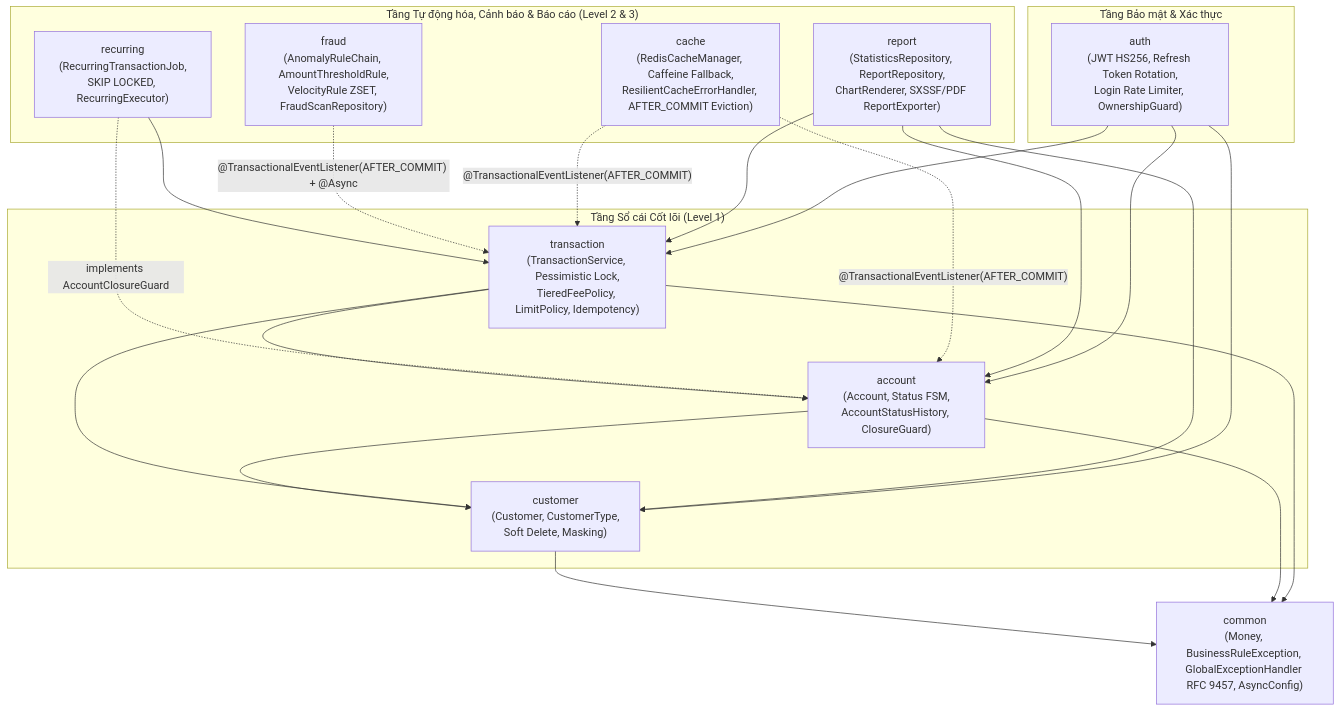
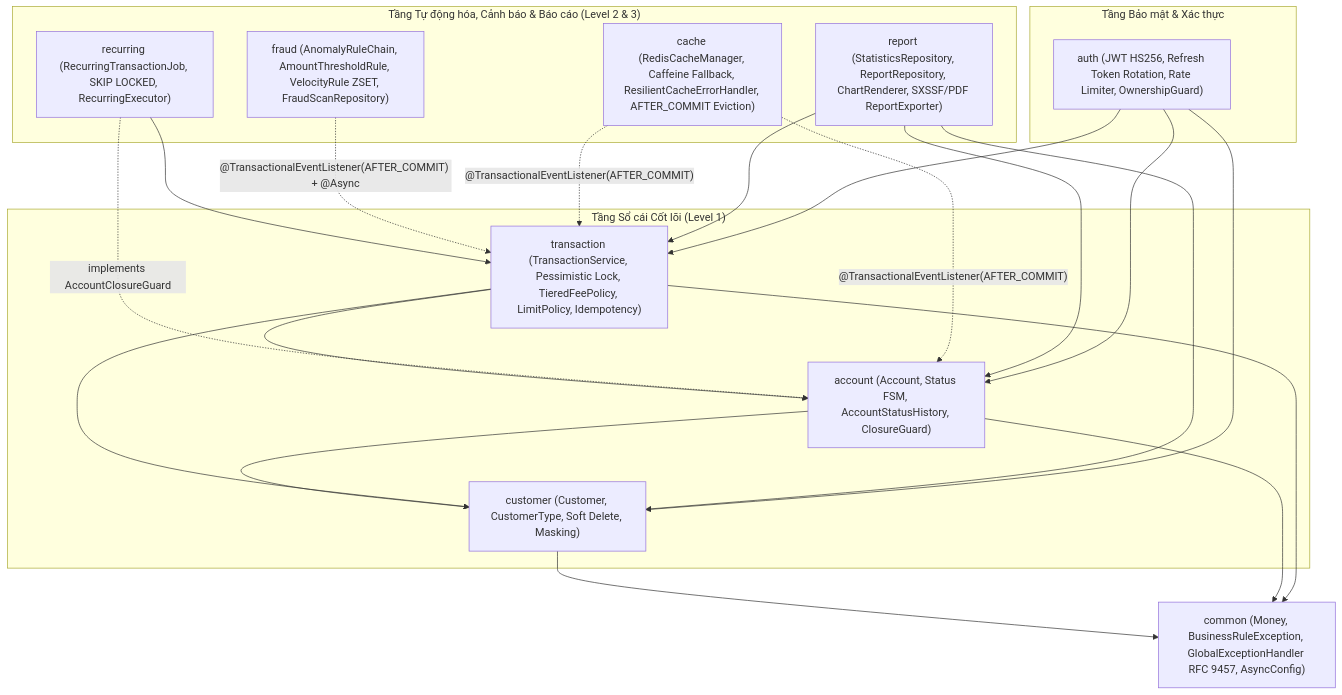
The first of 3 diagrams in docs/architecture.md (tsennguyen/corebank-java-assessment), drawn with Mermaid before and after one commit. The commit also changed other lines of this file and 5 other files, not shown here.

Commit message:
docs(5.2): address P20 review findings (traceability matrix, API catalog, ERD indexes/constraints, PDF export, remove ROLE_TELLER)

````diff
--- a/docs/architecture.md
+++ b/docs/architecture.md
@@ -15,39 +15,39 @@
 ```mermaid
 flowchart TD
     subgraph API_Security["Tầng Bảo mật & Xác thực"]
-        AUTH["auth\n(JWT HS256, Refresh Token Rotation,\nLogin Rate Limiter, OwnershipGuard)"]
+        AUTH["auth (JWT HS256, Refresh Token Rotation, Rate Limiter, OwnershipGuard)"]
     end
 
     subgraph Core_Ledger["Tầng Sổ cái Cốt lõi (Level 1)"]
-        CUST["customer\n(Customer, CustomerType,\nSoft Delete, Masking)"]
-        ACC["account\n(Account, Status FSM,\nAccountStatusHistory, ClosureGuard)"]
-        TX["transaction\n(TransactionService, Pessimistic Lock,\nTieredFeePolicy, LimitPolicy, Idempotency)"]
+        CUST["customer (Customer, CustomerType, Soft Delete, Masking)"]
+        ACC["account (Account, Status FSM, AccountStatusHistory, ClosureGuard)"]
+        TX["transaction (TransactionService, Pessimistic Lock, TieredFeePolicy, LimitPolicy, Idempotency)"]
     end
 
     subgraph Automation_Analytics["Tầng Tự động hóa, Cảnh báo & Báo cáo (Level 2 & 3)"]
-        REC["recurring\n(RecurringTransactionJob,\nSKIP LOCKED, RecurringExecutor)"]
-        FRAUD["fraud\n(AnomalyRuleChain, AmountThresholdRule,\nVelocityRule ZSET, FraudScanRepository)"]
-        REP["report\n(StatisticsRepository, ReportRepository,\nChartRenderer, SXSSF/PDF ReportExporter)"]
-        CACHE["cache\n(RedisCacheManager, Caffeine Fallback,\nResilientCacheErrorHandler, AFTER_COMMIT Eviction)"]
+        REC["recurring (RecurringTransactionJob, SKIP LOCKED, RecurringExecutor)"]
+        FRAUD["fraud (AnomalyRuleChain, AmountThresholdRule, VelocityRule ZSET, FraudScanRepository)"]
+        REP["report (StatisticsRepository, ReportRepository, ChartRenderer, SXSSF/PDF ReportExporter)"]
+        CACHE["cache (RedisCacheManager, Caffeine Fallback, ResilientCacheErrorHandler, AFTER_COMMIT Eviction)"]
     end
 
-    COMMON["common\n(Money, BusinessRuleException, GlobalExceptionHandler RFC 9457, AsyncConfig)"]
+    COMMON["common (Money, BusinessRuleException, GlobalExceptionHandler RFC 9457, AsyncConfig)"]
 
     ACC --> CUST
     TX --> ACC
     TX --> CUST
     REC --> TX
     REC -. "implements AccountClosureGuard" .-> ACC
     FRAUD -. "@TransactionalEventListener(AFTER_COMMIT) + @Async" .-> TX
     CACHE -. "@TransactionalEventListener(AFTER_COMMIT)" .-> TX
     CACHE -. "@TransactionalEventListener(AFTER_COMMIT)" .-> ACC
     REP --> TX
     REP --> ACC
     REP --> CUST
     AUTH --> CUST
     AUTH --> ACC
     AUTH --> TX
     CUST --> COMMON
     ACC --> COMMON
     TX --> COMMON
 ```
````
